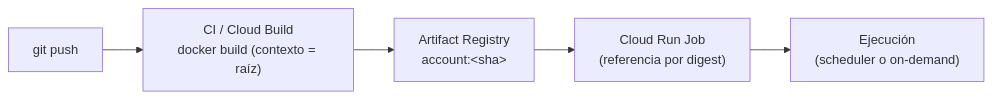
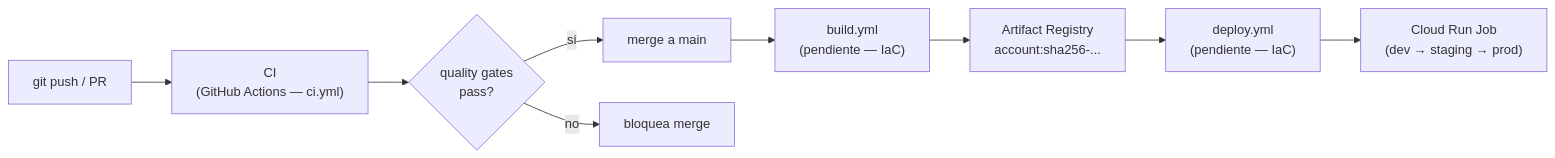
The second of 2 diagrams in docs/architecture/README.md (alopezm-ironside/datalake-platform), drawn with Mermaid before and after one commit. The commit also changed other lines of this file and 3 other files, not shown here.

Commit message:
docs: reconcile architecture and dev docs with implemented state

````diff
--- a/docs/architecture/README.md
+++ b/docs/architecture/README.md
@@ -142,7 +201,11 @@
 ```mermaid
 flowchart LR
-    A["git push"] --> B["CI / Cloud Build<br/>docker build (contexto = raíz)"]
-    B --> C["Artifact Registry<br/>account:&lt;sha&gt;"]
-    C --> D["Cloud Run Job<br/>(referencia por digest)"]
-    D --> E["Ejecución<br/>(scheduler o on-demand)"]
+    A["git push / PR"] --> B["CI<br/>(GitHub Actions — ci.yml)"]
+    B --> C{"quality gates<br/>pass?"}
+    C -- "sí" --> D["merge a main"]
+    C -- "no" --> E["bloquea merge"]
+    D --> F["build.yml<br/>(pendiente — IaC)"]
+    F --> G["Artifact Registry<br/>account:sha256-..."]
+    G --> H["deploy.yml<br/>(pendiente — IaC)"]
+    H --> I["Cloud Run Job<br/>(dev → staging → prod)"]
 ```
````
